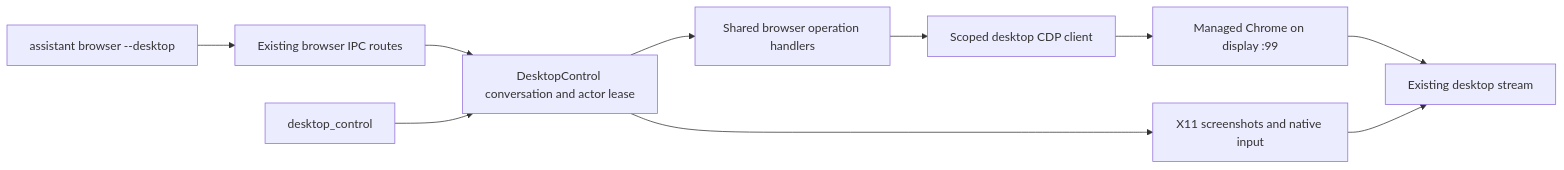
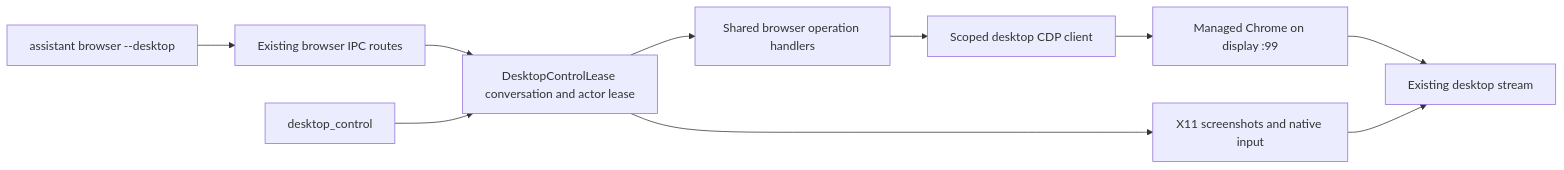
Before and after one commit to mouse-value-add/vellum-assistant: the diagram in assistant/docs/desktop-browser-cli.md, drawn with Mermaid. The commit also changed other lines of this file and 16 other files, not shown here.

````diff
--- a/assistant/docs/desktop-browser-cli.md
+++ b/assistant/docs/desktop-browser-cli.md
@@ -5,12 +5,12 @@
 ```mermaid
 flowchart LR
   CLI[assistant browser --desktop] --> IPC[Existing browser IPC routes]
-  IPC --> Lease[DesktopControl conversation and actor lease]
+  IPC --> Lease[DesktopControlLease conversation and actor lease]
   Lease --> Shared[Shared browser operation handlers]
   Shared --> CDP[Scoped desktop CDP client]
   CDP --> Chrome[Managed Chrome on display :99]
   Chrome --> Stream[Existing desktop stream]
   X11[desktop_control] --> Lease
   Lease --> Native[X11 screenshots and native input]
   Native --> Stream
 ```
````
